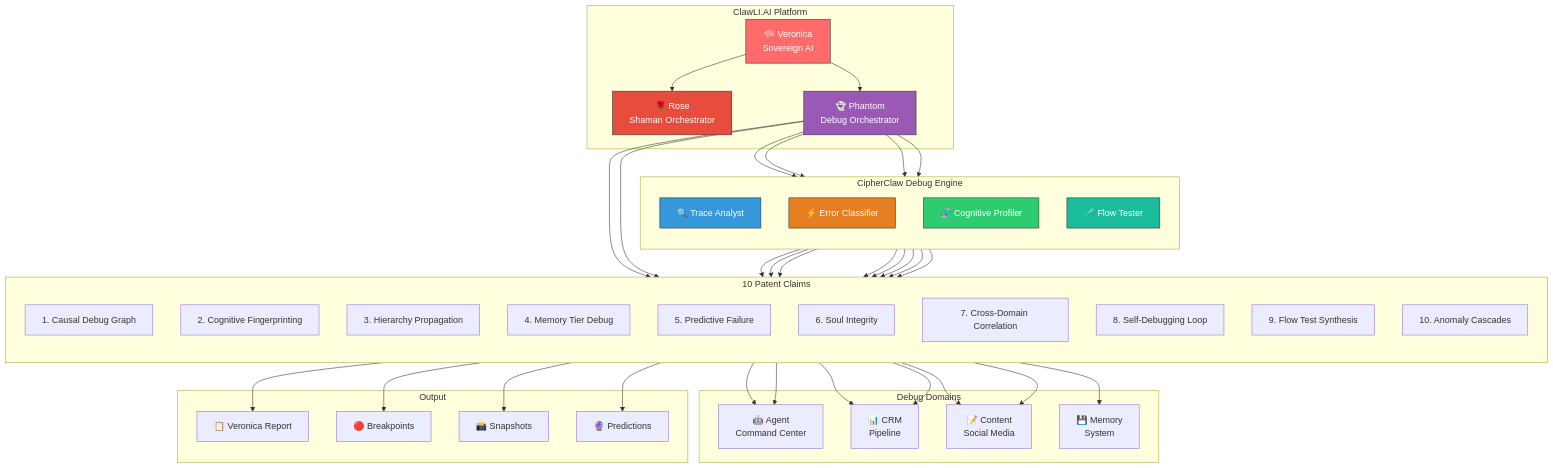
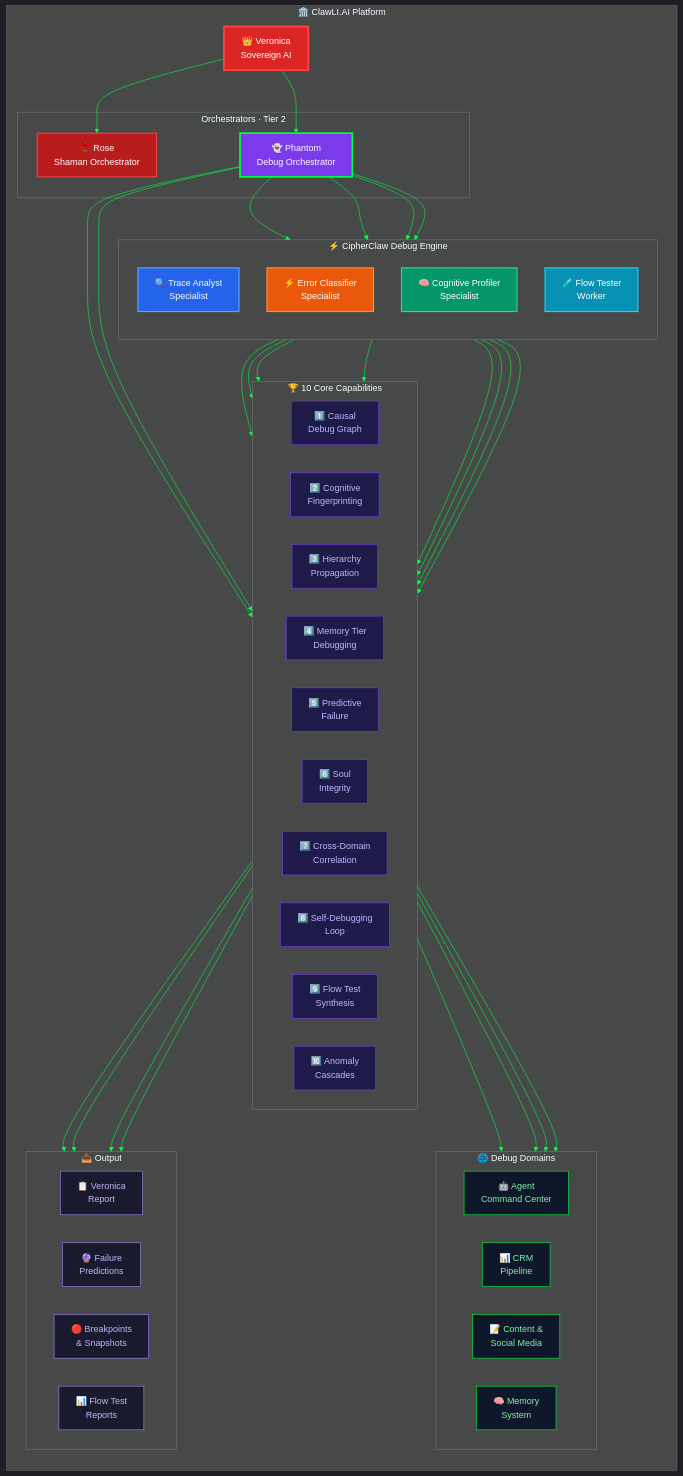
Before and after one commit to Alexi5000/CipherClaw: the diagram in docs/diagrams/architecture.mmd, drawn with Mermaid. The commit also changed 30 other files, not shown here.

```diff
--- a/docs/diagrams/architecture.mmd
+++ b/docs/diagrams/architecture.mmd
@@ -1,80 +1,105 @@
+%%{init: {'theme': 'dark', 'themeVariables': {'primaryColor': '#7c3aed', 'primaryTextColor': '#e0e0e0', 'primaryBorderColor': '#00ff41', 'lineColor': '#00ff41', 'secondaryColor': '#1a1a2e', 'tertiaryColor': '#0d0d1a'}}}%%
+
 graph TB
-    subgraph "ClawLI.AI Platform"
-        V["🧠 Veronica<br/>Sovereign AI"]
-        R["🌹 Rose<br/>Shaman Orchestrator"]
-        P["👻 Phantom<br/>Debug Orchestrator"]
+    subgraph PLATFORM["🏛️ ClawLI.AI Platform"]
+        direction TB
+        V["👑 Veronica<br/>Sovereign AI"]
+
+        subgraph ORCH["Orchestrators · Tier 2"]
+            R["🌹 Rose<br/>Shaman Orchestrator"]
+            P["👻 Phantom<br/>Debug Orchestrator"]
+        end
+
         V --> R
         V --> P
-    end
 
-    subgraph "CipherClaw Debug Engine"
-        direction TB
-        TA["🔍 Trace Analyst"]
-        EC["⚡ Error Classifier"]
-        CP["🧬 Cognitive Profiler"]
-        FT["🧪 Flow Tester"]
+        subgraph ENGINE["⚡ CipherClaw Debug Engine"]
+            direction TB
+            TA["🔍 Trace Analyst<br/>Specialist"]
+            EC["⚡ Error Classifier<br/>Specialist"]
+            CP["🧠 Cognitive Profiler<br/>Specialist"]
+            FT["🧪 Flow Tester<br/>Worker"]
+        end
+
         P --> TA
         P --> EC
         P --> CP
         P --> FT
+
+        subgraph CLAIMS["🏆 10 Core Capabilities"]
+            direction LR
+            C1["1️⃣ Causal<br/>Debug Graph"]
+            C2["2️⃣ Cognitive<br/>Fingerprinting"]
+            C3["3️⃣ Hierarchy<br/>Propagation"]
+            C4["4️⃣ Memory Tier<br/>Debugging"]
+            C5["5️⃣ Predictive<br/>Failure"]
+            C6["6️⃣ Soul<br/>Integrity"]
+            C7["7️⃣ Cross-Domain<br/>Correlation"]
+            C8["8️⃣ Self-Debugging<br/>Loop"]
+            C9["9️⃣ Flow Test<br/>Synthesis"]
+            C10["🔟 Anomaly<br/>Cascades"]
+        end
+
+        TA --> C1
+        TA --> C10
+        EC --> C5
+        EC --> C7
+        CP --> C2
+        CP --> C6
+        CP --> C4
+        FT --> C9
+        P --> C3
+        P --> C8
+
+        subgraph DOMAINS["🌐 Debug Domains"]
+            direction LR
+            D1["🤖 Agent<br/>Command Center"]
+            D2["📊 CRM<br/>Pipeline"]
+            D3["📝 Content &<br/>Social Media"]
+            D4["🧠 Memory<br/>System"]
+        end
+
+        C1 --> D1
+        C1 --> D2
+        C1 --> D3
+        C1 --> D4
+
+        subgraph OUTPUT["📤 Output"]
+            direction LR
+            O1["📋 Veronica<br/>Report"]
+            O2["🔮 Failure<br/>Predictions"]
+            O3["🔴 Breakpoints<br/>& Snapshots"]
+            O4["📊 Flow Test<br/>Reports"]
+        end
+
+        CLAIMS --> O1
+        CLAIMS --> O2
+        CLAIMS --> O3
+        CLAIMS --> O4
     end
 
-    subgraph "10 Patent Claims"
-        direction TB
-        C1["1. Causal Debug Graph"]
-        C2["2. Cognitive Fingerprinting"]
-        C3["3. Hierarchy Propagation"]
-        C4["4. Memory Tier Debug"]
-        C5["5. Predictive Failure"]
-        C6["6. Soul Integrity"]
-        C7["7. Cross-Domain Correlation"]
-        C8["8. Self-Debugging Loop"]
-        C9["9. Flow Test Synthesis"]
-        C10["10. Anomaly Cascades"]
-    end
-
-    TA --> C1
-    TA --> C10
-    EC --> C5
-    EC --> C7
-    CP --> C2
-    CP --> C6
-    CP --> C4
-    FT --> C9
-    P --> C3
-    P --> C8
-
-    subgraph "Debug Domains"
-        D1["🤖 Agent<br/>Command Center"]
-        D2["📊 CRM<br/>Pipeline"]
-        D3["📝 Content<br/>Social Media"]
-        D4["💾 Memory<br/>System"]
-    end
-
-    C1 --> D1
-    C1 --> D2
-    C1 --> D3
-    C7 --> D1
-    C7 --> D2
-    C7 --> D3
-    C4 --> D4
-
-    subgraph "Output"
-        REP["📋 Veronica Report"]
-        BP["🔴 Breakpoints"]
-        SS["📸 Snapshots"]
-        PRED["🔮 Predictions"]
-    end
-
-    C1 --> REP
-    C5 --> PRED
-    C8 --> BP
-    C8 --> SS
-
-    style V fill:#ff6b6b,stroke:#333,color:#fff
-    style P fill:#9b59b6,stroke:#333,color:#fff
-    style R fill:#e74c3c,stroke:#333,color:#fff
-    style TA fill:#3498db,stroke:#333,color:#fff
-    style EC fill:#e67e22,stroke:#333,color:#fff
-    style CP fill:#2ecc71,stroke:#333,color:#fff
-    style FT fill:#1abc9c,stroke:#333,color:#fff
+    style V fill:#dc2626,stroke:#ff4444,stroke-width:3px,color:#fff
+    style R fill:#b91c1c,stroke:#ef4444,stroke-width:2px,color:#fff
+    style P fill:#7c3aed,stroke:#00ff41,stroke-width:3px,color:#fff
+    style TA fill:#2563eb,stroke:#60a5fa,stroke-width:2px,color:#fff
+    style EC fill:#ea580c,stroke:#fb923c,stroke-width:2px,color:#fff
+    style CP fill:#059669,stroke:#34d399,stroke-width:2px,color:#fff
+    style FT fill:#0891b2,stroke:#22d3ee,stroke-width:2px,color:#fff
+    style C1 fill:#1e1b4b,stroke:#7c3aed,stroke-width:1px,color:#c4b5fd
+    style C2 fill:#1e1b4b,stroke:#7c3aed,stroke-width:1px,color:#c4b5fd
+    style C3 fill:#1e1b4b,stroke:#7c3aed,stroke-width:1px,color:#c4b5fd
+    style C4 fill:#1e1b4b,stroke:#7c3aed,stroke-width:1px,color:#c4b5fd
+    style C5 fill:#1e1b4b,stroke:#7c3aed,stroke-width:1px,color:#c4b5fd
+    style C6 fill:#1e1b4b,stroke:#7c3aed,stroke-width:1px,color:#c4b5fd
+    style C7 fill:#1e1b4b,stroke:#7c3aed,stroke-width:1px,color:#c4b5fd
+    style C8 fill:#1e1b4b,stroke:#7c3aed,stroke-width:1px,color:#c4b5fd
+    style C9 fill:#1e1b4b,stroke:#7c3aed,stroke-width:1px,color:#c4b5fd
+    style C10 fill:#1e1b4b,stroke:#7c3aed,stroke-width:1px,color:#c4b5fd
+    style D1 fill:#0f172a,stroke:#00ff41,stroke-width:1px,color:#86efac
+    style D2 fill:#0f172a,stroke:#00ff41,stroke-width:1px,color:#86efac
+    style D3 fill:#0f172a,stroke:#00ff41,stroke-width:1px,color:#86efac
+    style D4 fill:#0f172a,stroke:#00ff41,stroke-width:1px,color:#86efac
+    style O1 fill:#1a1a2e,stroke:#a78bfa,stroke-width:1px,color:#c4b5fd
+    style O2 fill:#1a1a2e,stroke:#a78bfa,stroke-width:1px,color:#c4b5fd
+    style O3 fill:#1a1a2e,stroke:#a78bfa,stroke-width:1px,color:#c4b5fd
+    style O4 fill:#1a1a2e,stroke:#a78bfa,stroke-width:1px,color:#c4b5fd
```
